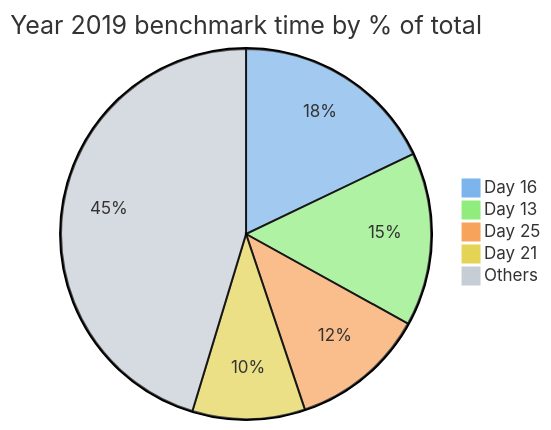
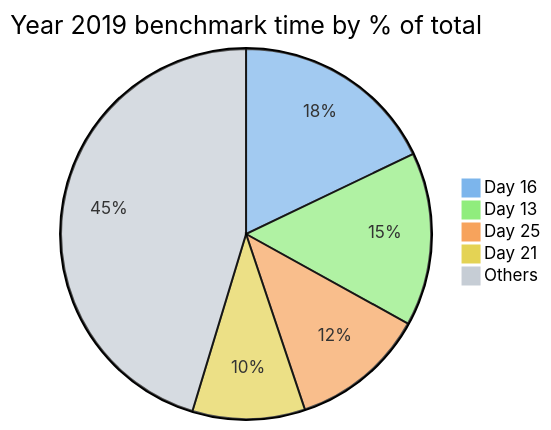
Before and after one commit to maneatingape/advent-of-code-rust: the fifth of 7 diagrams in README.md, drawn with Mermaid. The commit also changed other lines of this file, not shown here.

Commit message:
Update benchmark data and graphs

````diff
--- a/README.md
+++ b/README.md
@@ -203,10 +202,10 @@
 ```mermaid
-%%{init: {'theme': 'base', 'themeVariables': { 'pie1': '#7cb5ec', 'pie2': '#90ed7d', 'pie3': '#f7a35c', 'pie4': '#e4d354', 'pie5': '#c6cdd5'}}}%%
+%%{init: {"themeVariables": { "pie1": "#7cb5ec", "pie2": "#90ed7d", "pie3": "#f7a35c", "pie4": "#e4d354", "pie5": "#c6cdd5"}}}%%
 pie
     title Year 2019 benchmark time by % of total
     "Day 16" : 4124
     "Day 13" : 3492
     "Day 25" : 2721
     "Day 21" : 2265
     "Others" : 10445
 ```
````
